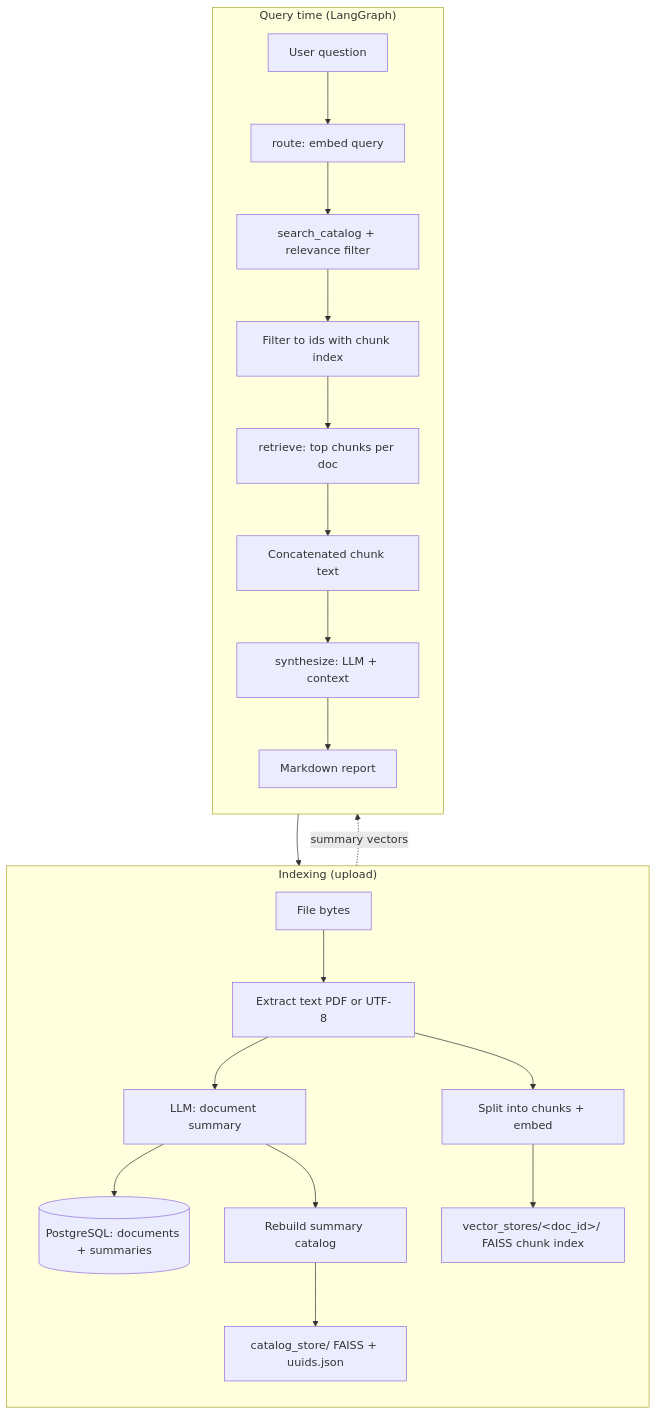
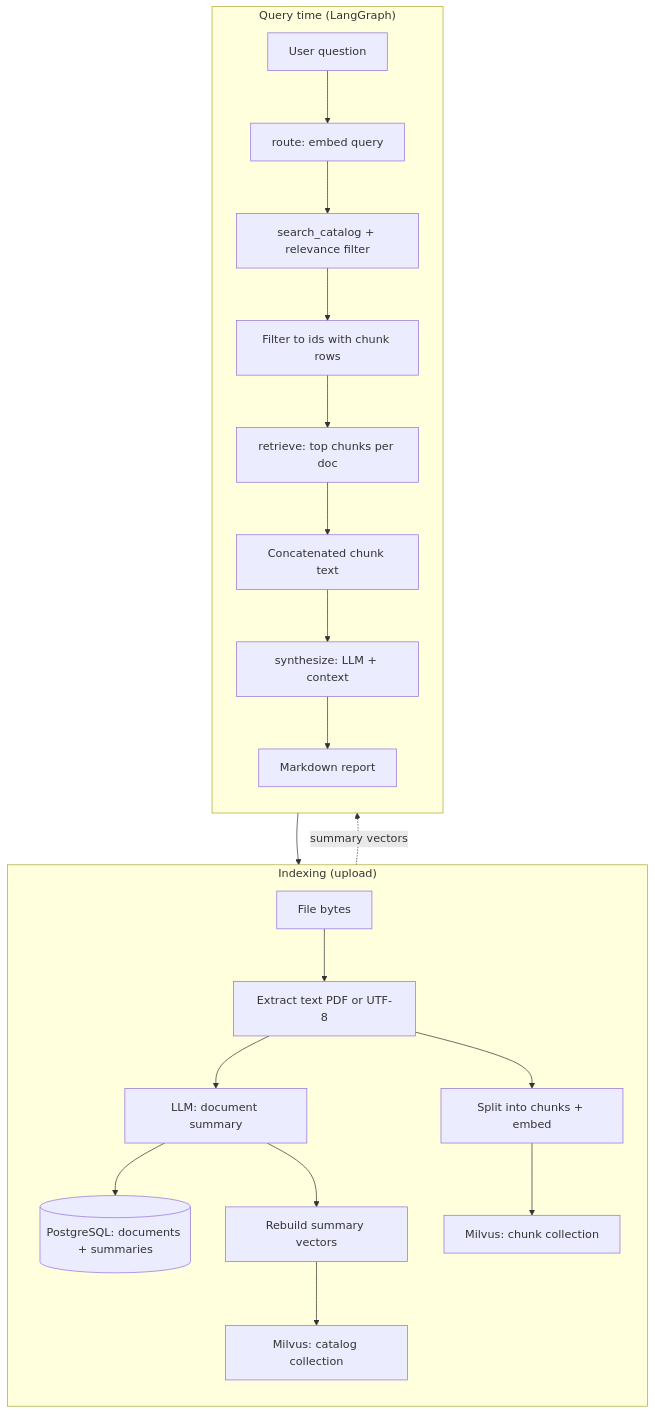
One commit to maple3788/MultiDoc_Research_Agent changed the first of 2 diagrams in README.md. Above: the diagram before and after it, drawn with Mermaid. The commit also changed other lines of this file and 19 other files, not shown here.

First line of the commit message:
feat: Milvus-backed vectors, Docker stack, and docs

````diff
--- a/README.md
+++ b/README.md
@@ -7,27 +11,27 @@
 ```mermaid
 flowchart TB
   subgraph ingest["Indexing (upload)"]
     direction TB
     U[File bytes] --> TXT[Extract text PDF or UTF-8]
     TXT --> SUM[LLM: document summary]
     SUM --> DB[(PostgreSQL: documents + summaries)]
     TXT --> CH[Split into chunks + embed]
-    CH --> VS["vector_stores/&lt;doc_id&gt;/ FAISS chunk index"]
-    SUM --> CAT_REBUILD[Rebuild summary catalog]
-    CAT_REBUILD --> CAT["catalog_store/ FAISS + uuids.json"]
+    CH --> MV["Milvus: chunk collection"]
+    SUM --> CAT_REBUILD[Rebuild summary vectors]
+    CAT_REBUILD --> CAT["Milvus: catalog collection"]
   end
 
   subgraph runtime["Query time (LangGraph)"]
     direction TB
     Q[User question] --> ROUTE[route: embed query]
     ROUTE --> SC["search_catalog + relevance filter"]
-    SC --> F["Filter to ids with chunk index"]
+    SC --> F["Filter to ids with chunk rows"]
     F --> RET[retrieve: top chunks per doc]
-    RET --> VS
+    RET --> MV
     RET --> CTX[Concatenated chunk text]
     CTX --> SYN[synthesize: LLM + context]
     SYN --> OUT[Markdown report]
   end
 
   CAT -.->|"summary vectors"| SC
 ```
````
